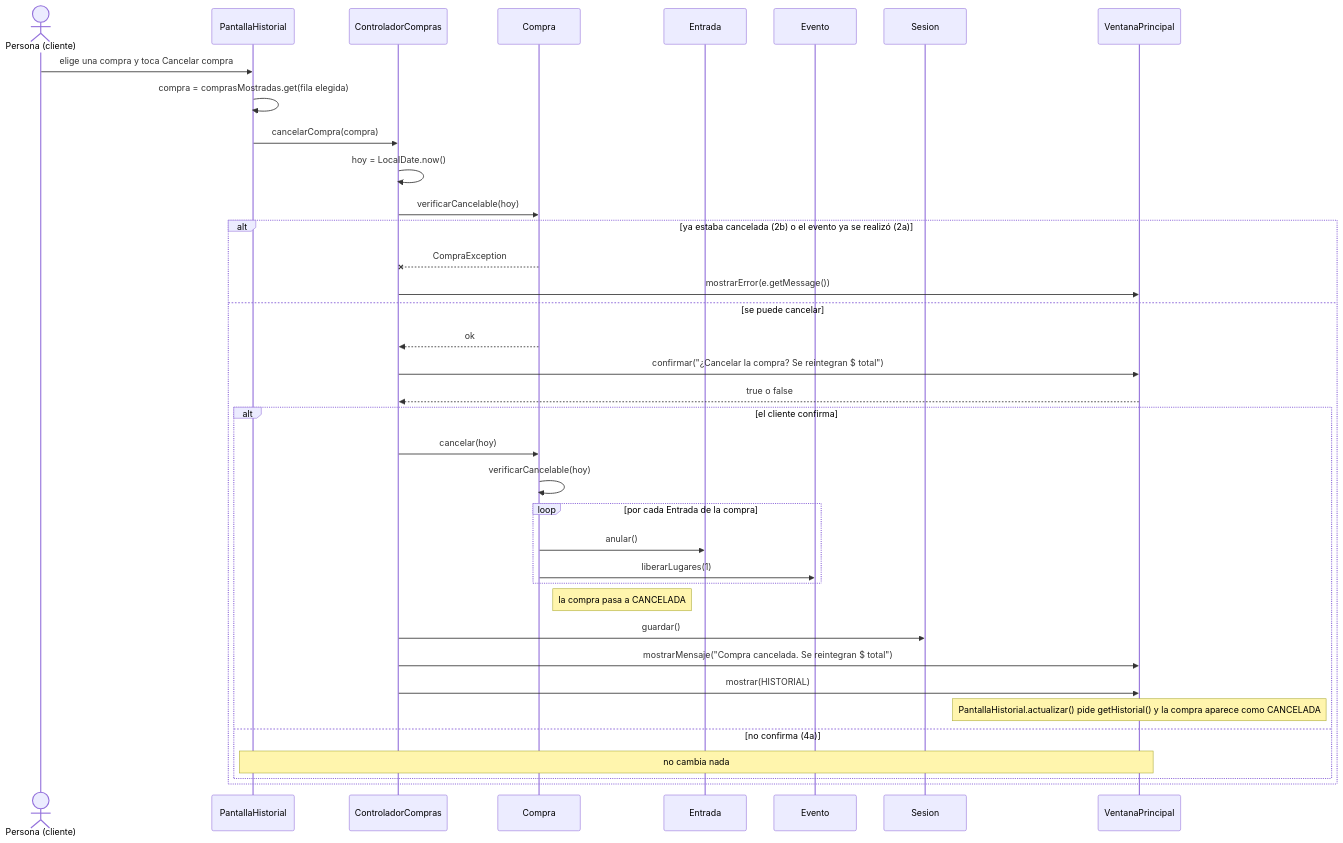
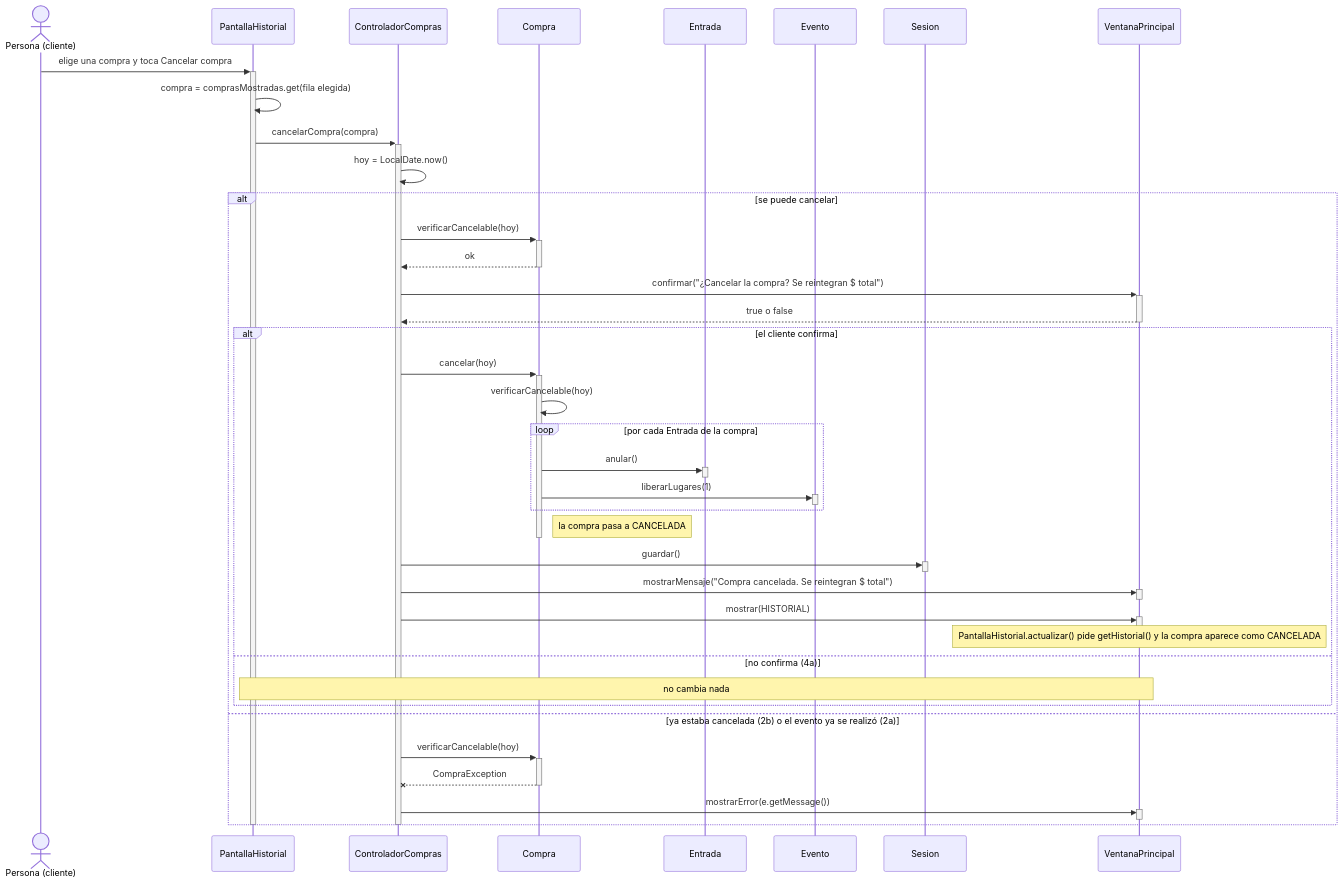
Before and after one commit to AgustinSimonenco/gestion-eventos-musicales: the diagram in docs/diseno/secuencias/CU14-cancelar-compra.md, drawn with Mermaid. The commit also changed 12 other files, not shown here.

First line of the commit message:
Agregar barras de activación a todos los diagramas de secuencia

````diff
--- a/docs/diseno/secuencias/CU14-cancelar-compra.md
+++ b/docs/diseno/secuencias/CU14-cancelar-compra.md
@@ -9,40 +9,50 @@
 ```mermaid
 sequenceDiagram
     actor U as Persona (cliente)
     participant P as PantallaHistorial
     participant C as ControladorCompras
     participant Co as Compra
     participant En as Entrada
     participant E as Evento
     participant S as Sesion
     participant V as VentanaPrincipal
 
-    U->>P: elige una compra y toca Cancelar compra
+    U->>+P: elige una compra y toca Cancelar compra
     P->>P: compra = comprasMostradas.get(fila elegida)
-    P->>C: cancelarCompra(compra)
+    P->>+C: cancelarCompra(compra)
     C->>C: hoy = LocalDate.now()
-    C->>Co: verificarCancelable(hoy)
-    alt ya estaba cancelada (2b) o el evento ya se realizó (2a)
-        Co--xC: CompraException
-        C->>V: mostrarError(e.getMessage())
-    else se puede cancelar
-        Co-->>C: ok
-        C->>V: confirmar("¿Cancelar la compra? Se reintegran $ total")
-        V-->>C: true o false
+    alt se puede cancelar
+        C->>+Co: verificarCancelable(hoy)
+        Co-->>-C: ok
+        C->>+V: confirmar("¿Cancelar la compra? Se reintegran $ total")
+        V-->>-C: true o false
         alt el cliente confirma
-            C->>Co: cancelar(hoy)
+            C->>+Co: cancelar(hoy)
             Co->>Co: verificarCancelable(hoy)
             loop por cada Entrada de la compra
-                Co->>En: anular()
-                Co->>E: liberarLugares(1)
+                Co->>+En: anular()
+                deactivate En
+                Co->>+E: liberarLugares(1)
+                deactivate E
             end
             Note right of Co: la compra pasa a CANCELADA
-            C->>S: guardar()
-            C->>V: mostrarMensaje("Compra cancelada. Se reintegran $ total")
-            C->>V: mostrar(HISTORIAL)
+            deactivate Co
+            C->>+S: guardar()
+            deactivate S
+            C->>+V: mostrarMensaje("Compra cancelada. Se reintegran $ total")
+            deactivate V
+            C->>+V: mostrar(HISTORIAL)
+            deactivate V
             Note over V: PantallaHistorial.actualizar() pide getHistorial() y la compra aparece como CANCELADA
         else no confirma (4a)
             Note over P,V: no cambia nada
         end
+    else ya estaba cancelada (2b) o el evento ya se realizó (2a)
+        C->>+Co: verificarCancelable(hoy)
+        Co--x-C: CompraException
+        C->>+V: mostrarError(e.getMessage())
+        deactivate V
     end
+    deactivate C
+    deactivate P
 ```
````
